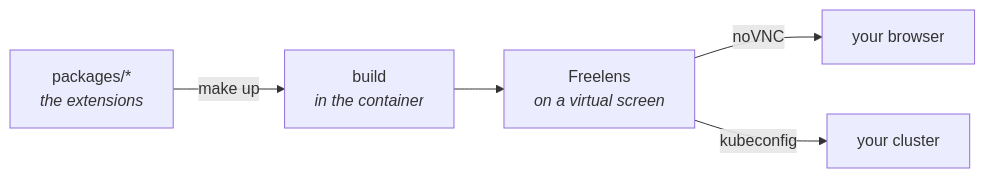
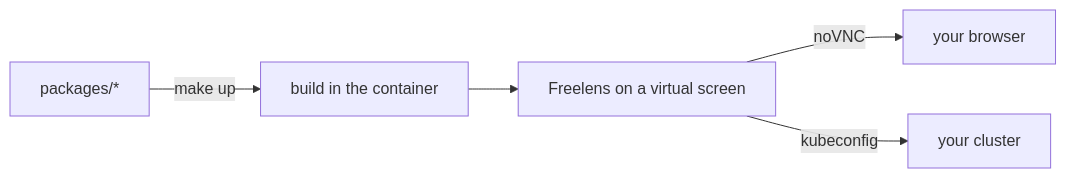
Before and after one commit to DiegoBulhoes/freelens-addons: the diagram in README.md, drawn with Mermaid. The commit also changed other lines of this file and 6 other files, not shown here.

````diff
--- a/README.md
+++ b/README.md
@@ -48,7 +30,7 @@
 ```mermaid
 flowchart LR
-  E["packages/*<br/><i>the extensions</i>"] -->|make up| B["build<br/><i>in the container</i>"]
-  B --> F["Freelens<br/><i>on a virtual screen</i>"]
+  E["packages/*"] -->|make up| B["build in the container"]
+  B --> F["Freelens on a virtual screen"]
   F -->|noVNC| Y["your browser"]
   F -->|kubeconfig| C["your cluster"]
 ```
````
